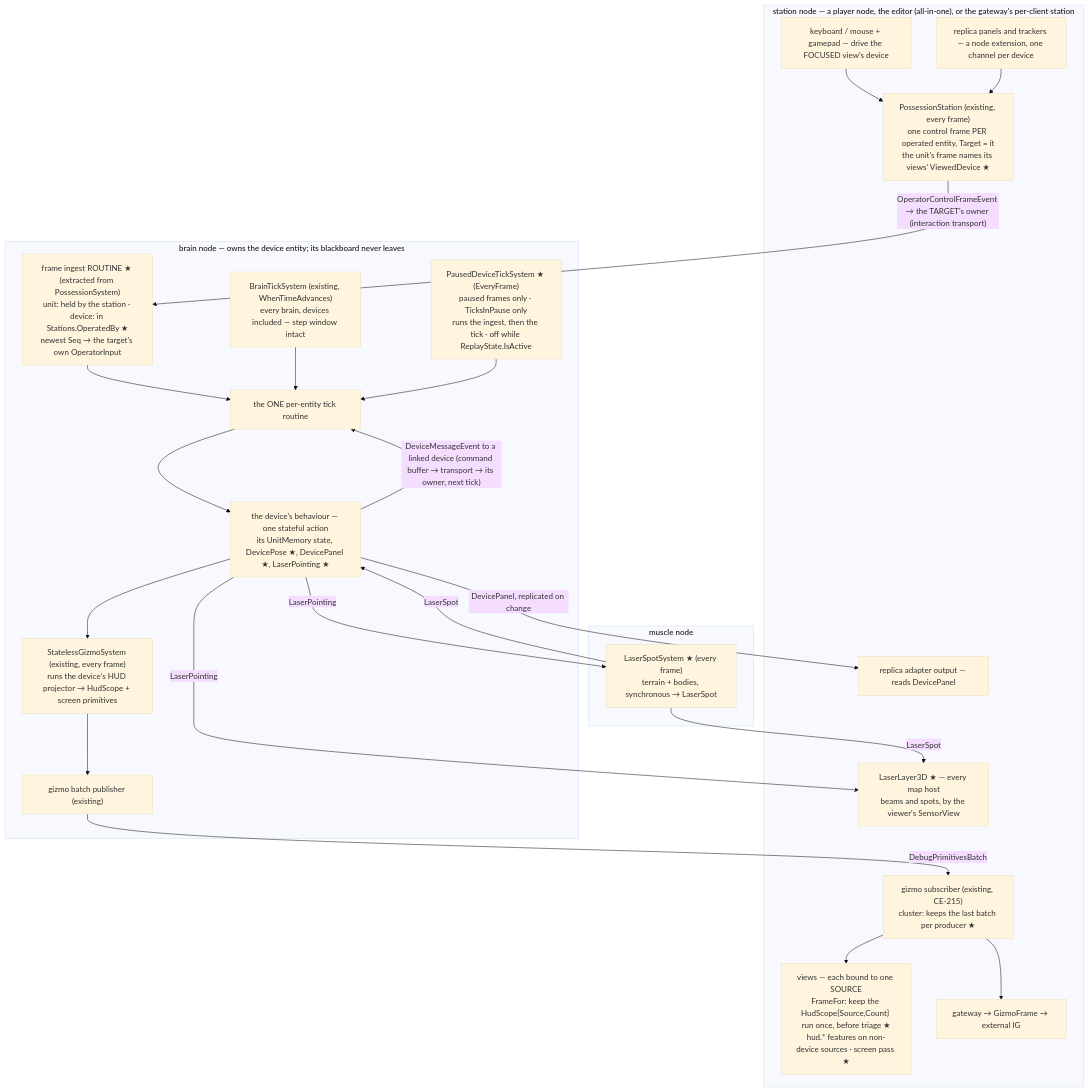
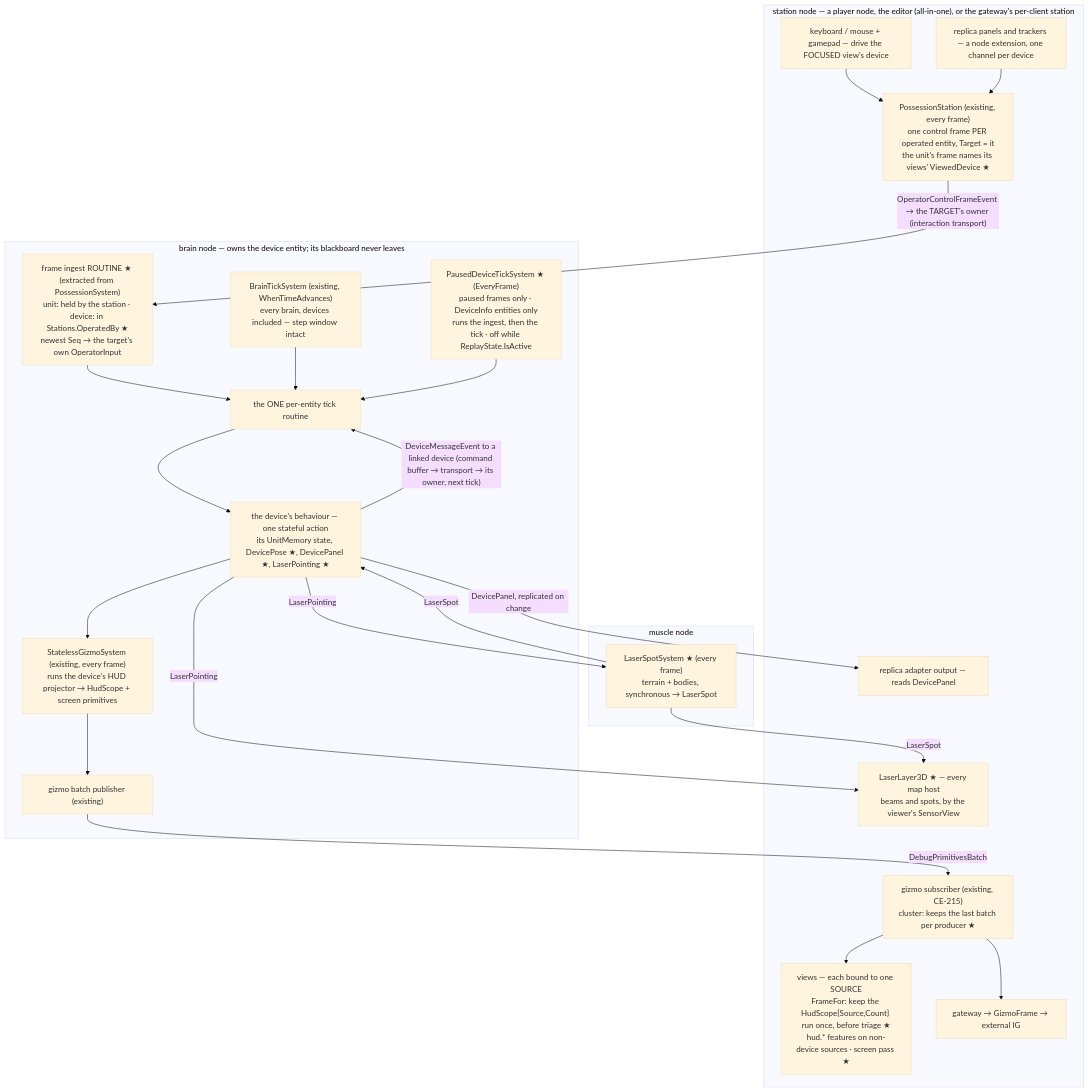
The first of 6 diagrams in docs/designs/devices/DESIGN_Simulated_Devices.md (pjanec/HROT), drawn with Mermaid (base theme) before and after one commit. The commit also changed other lines of this file and 1 other file, not shown here.

````diff
--- a/docs/designs/devices/DESIGN_Simulated_Devices.md
+++ b/docs/designs/devices/DESIGN_Simulated_Devices.md
@@ -79,43 +79,43 @@
 ```mermaid
 graph TD
   subgraph STATION["station node — a player node, the editor (all-in-one), or the gateway's per-client station"]
     KM["keyboard / mouse + gamepad — drive the FOCUSED view's device"]
     REP["replica panels and trackers — a node extension, one channel per device"]
     PS["PossessionStation (existing, every frame)<br/>one control frame PER operated entity, Target = it<br/>the unit's frame names its views' ViewedDevice ★"]
     SUB["gizmo subscriber (existing, CE-215)<br/>cluster: keeps the last batch per producer ★"]
     VIEW["views — each bound to one SOURCE<br/>FrameFor: keep the HudScope{Source,Count} run once, before triage ★<br/>hud.* features on non-device sources · screen pass ★"]
     LL["LaserLayer3D ★ — every map host<br/>beams and spots, by the viewer's SensorView"]
     RA["replica adapter output — reads DevicePanel"]
     GW["gateway → GizmoFrame → external IG"]
   end
   subgraph BRAIN["brain node — owns the device entity; its blackboard never leaves"]
     ING["frame ingest ROUTINE ★ (extracted from PossessionSystem)<br/>unit: held by the station · device: in Stations.OperatedBy ★<br/>newest Seq → the target's own OperatorInput"]
     BTS["BrainTickSystem (existing, WhenTimeAdvances)<br/>every brain, devices included — step window intact"]
-    PDT["PausedDeviceTickSystem ★ (EveryFrame)<br/>paused frames only · TicksInPause only<br/>runs the ingest, then the tick · off while ReplayState.IsActive"]
+    PDT["PausedDeviceTickSystem ★ (EveryFrame)<br/>paused frames only · DeviceInfo entities only<br/>runs the ingest, then the tick · off while ReplayState.IsActive"]
     RT["the ONE per-entity tick routine"]
     DB["the device's behaviour — one stateful action<br/>its UnitMemory state, DevicePose ★, DevicePanel ★, LaserPointing ★"]
     SGS["StatelessGizmoSystem (existing, every frame)<br/>runs the device's HUD projector → HudScope + screen primitives"]
     PUB["gizmo batch publisher (existing)"]
   end
   subgraph MUSCLE["muscle node"]
     LSS["LaserSpotSystem ★ (every frame)<br/>terrain + bodies, synchronous → LaserSpot"]
   end
   KM --> PS
   REP --> PS
   PS -->|"OperatorControlFrameEvent → the TARGET's owner (interaction transport)"| ING
   ING --> RT
   BTS --> RT
   PDT --> RT
   RT --> DB
   DB -->|"DeviceMessageEvent to a linked device (command buffer → transport → its owner, next tick)"| RT
   DB --> SGS
   SGS --> PUB
   PUB -->|"DebugPrimitivesBatch"| SUB
   SUB --> VIEW
   SUB --> GW
   DB -->|"DevicePanel, replicated on change"| RA
   DB -->|"LaserPointing"| LSS
   LSS -->|"LaserSpot"| LL
   LSS -->|"LaserSpot"| DB
   DB -->|"LaserPointing"| LL
 ```
````
